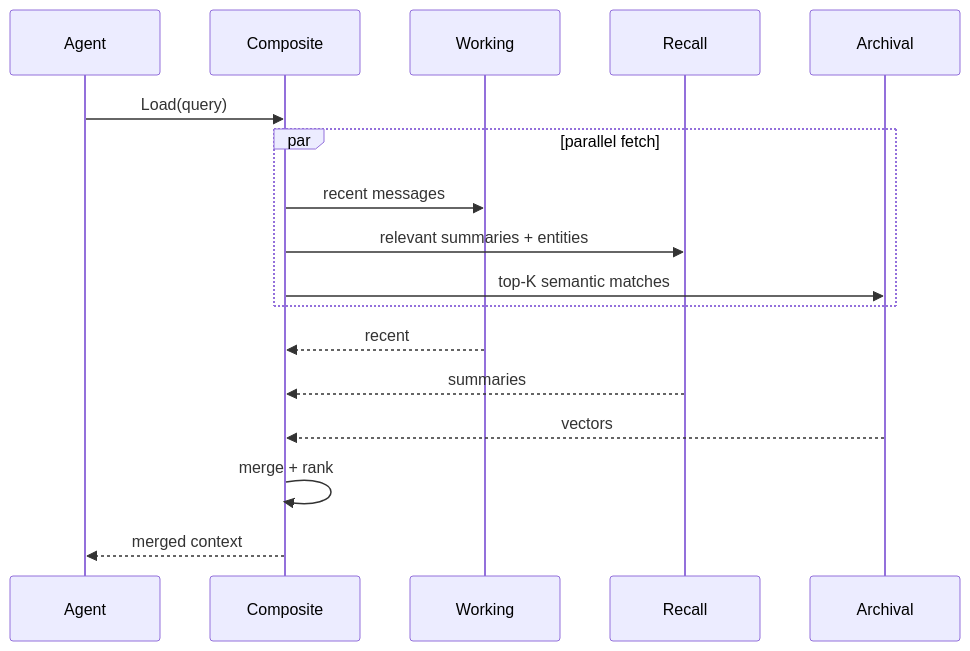
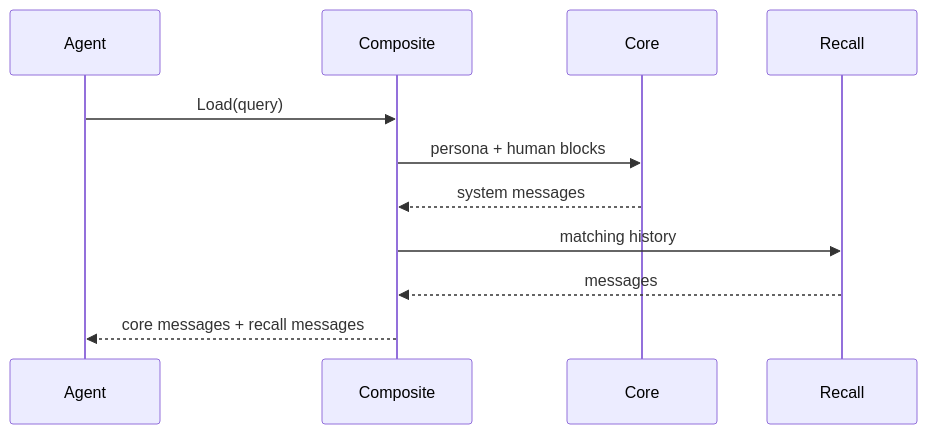
The second of 3 diagrams in src/content/docs/docs/guides/capabilities/memory/memory-system.md (lookatitude/beluga-website), drawn with Mermaid before and after one commit. The commit also changed other lines of this file and 474 other files, not shown here.

````diff
--- a/src/content/docs/docs/guides/capabilities/memory/memory-system.md
+++ b/src/content/docs/docs/guides/capabilities/memory/memory-system.md
@@ -165,19 +199,13 @@
 ```mermaid
 sequenceDiagram
   participant A as Agent
   participant C as Composite
-  participant W as Working
+  participant K as Core
   participant R as Recall
-  participant V as Archival
   A->>C: Load(query)
-  par parallel fetch
-    C->>W: recent messages
-    C->>R: relevant summaries + entities
-    C->>V: top-K semantic matches
-  end
-  W-->>C: recent
-  R-->>C: summaries
-  V-->>C: vectors
-  C->>C: merge + rank
-  C-->>A: merged context
+  C->>K: persona + human blocks
+  K-->>C: system messages
+  C->>R: matching history
+  R-->>C: messages
+  C-->>A: core messages + recall messages
 ```
````
